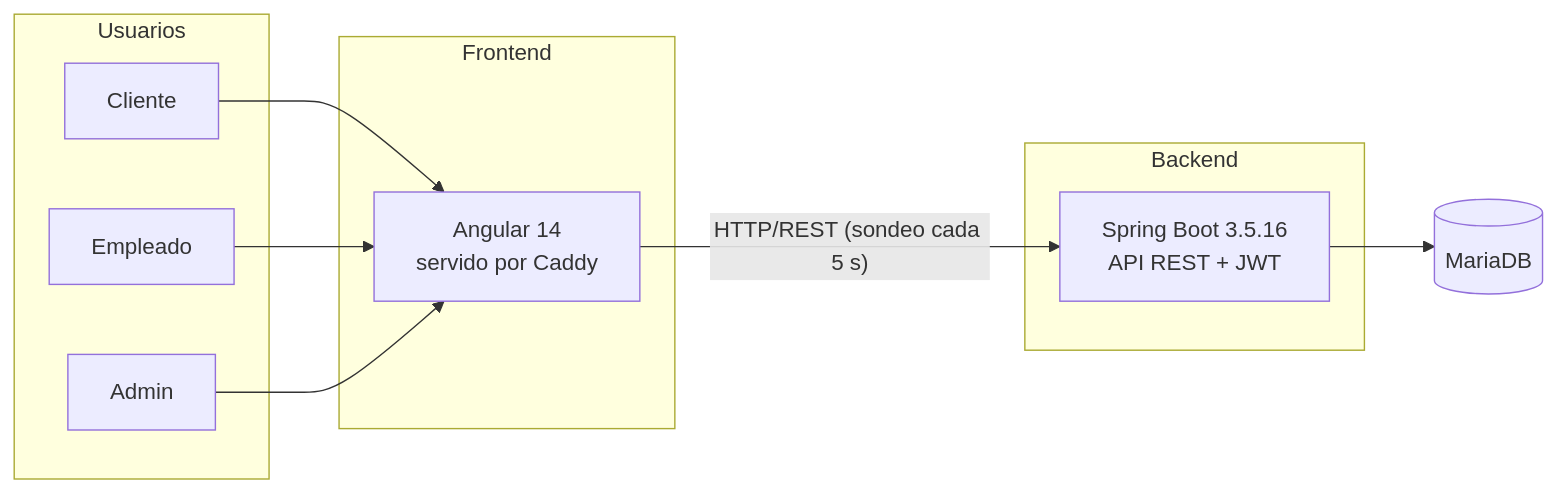
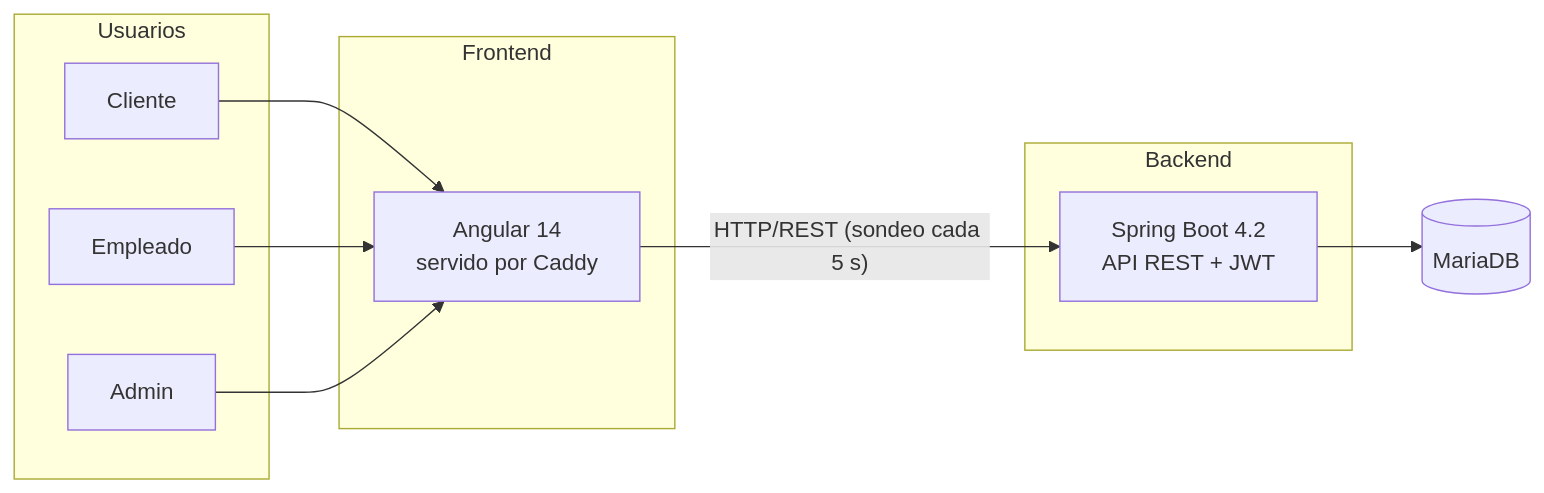
Before and after one commit to juanparejog/BarHub2.0: the diagram in docs/README.md, drawn with Mermaid. The commit also changed other lines of this file and 10 other files, not shown here.

Commit message:
2.1: Java 21 y documentación de la migración a Spring Boot 4 y del TLS con MariaDB

````diff
--- a/docs/README.md
+++ b/docs/README.md
@@ -30,22 +30,22 @@
 ```mermaid
 flowchart LR
     subgraph Usuarios
         C[Cliente]
         E[Empleado]
         A[Admin]
     end
 
     subgraph Frontend
         F[Angular 14<br/>servido por Caddy]
     end
 
     subgraph Backend
-        API[Spring Boot 3.5.16<br/>API REST + JWT]
+        API[Spring Boot 4.2<br/>API REST + JWT]
     end
 
     DB[(MariaDB)]
 
     C & E & A --> F
     F -- "HTTP/REST (sondeo cada 5 s)" --> API
     API --> DB
 ```
````
